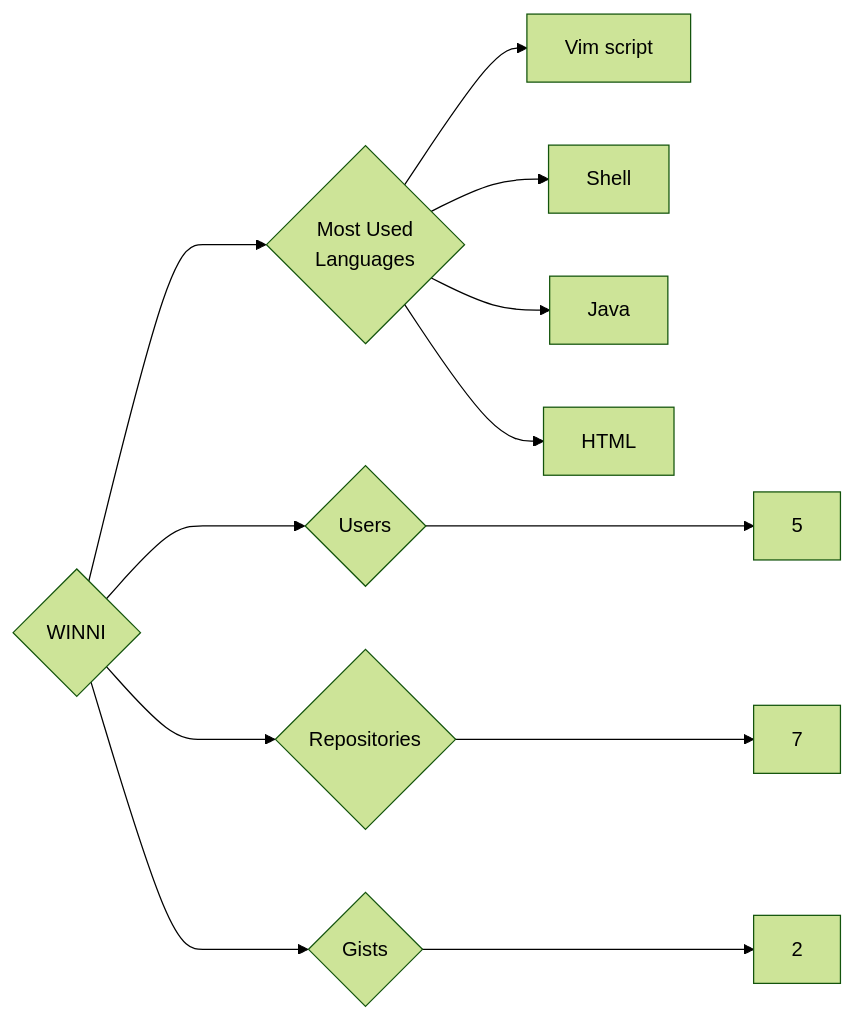
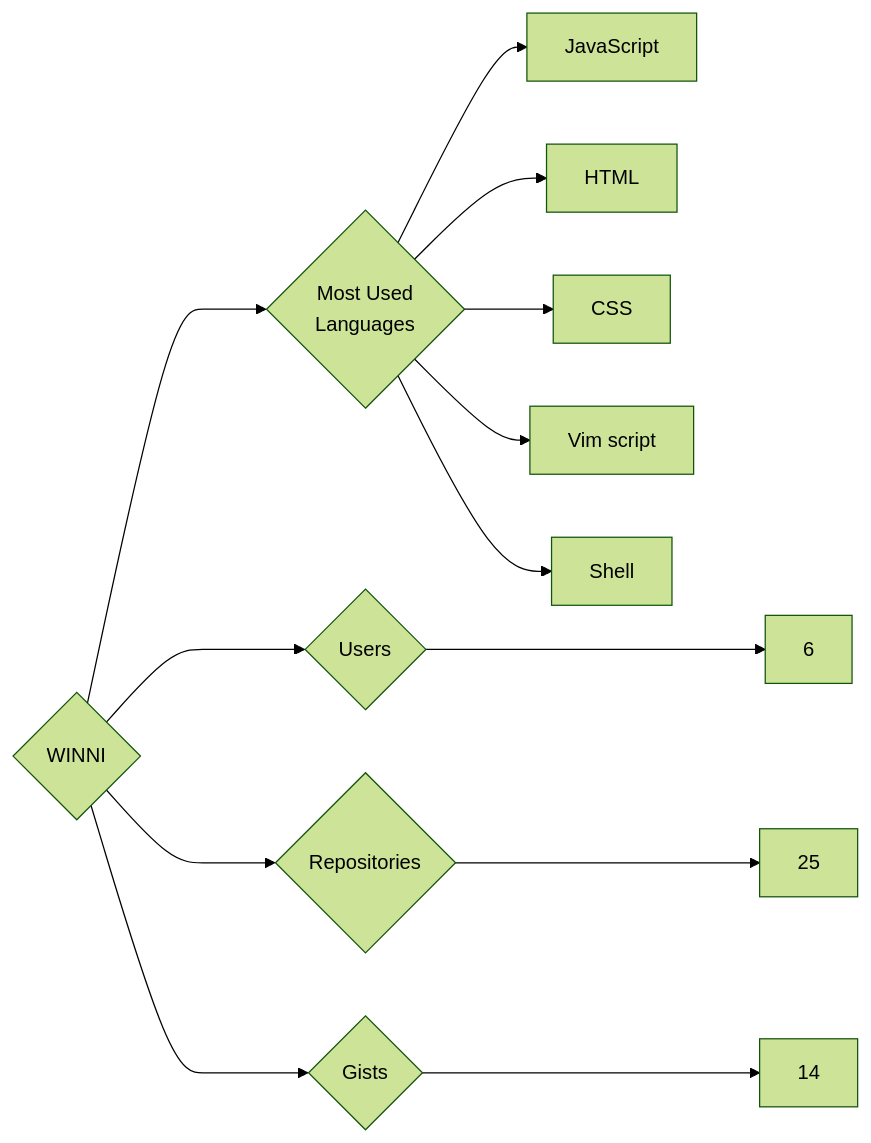
Before and after one commit to trickest/insiders: the diagram in targets/WINNI/README.md, drawn with Mermaid (forest theme). The commit also changed 912 other files, not shown here.

````diff
--- a/targets/WINNI/README.md
+++ b/targets/WINNI/README.md
@@ -3,12 +3,13 @@
 ```mermaid
 graph LR
 COMPANY_NAME{WINNI}
-COMPANY_NAME ---> U{Users} ---> UN[5]
-COMPANY_NAME ---> R{Repositories} ---> RN[7]
-COMPANY_NAME ---> G{Gists} ---> GN[2]
+COMPANY_NAME ---> U{Users} ---> UN[6]
+COMPANY_NAME ---> R{Repositories} ---> RN[25]
+COMPANY_NAME ---> G{Gists} ---> GN[14]
 COMPANY_NAME ---> ML{Most Used<br>Languages}
+ML --> JavaScript[JavaScript]
+ML --> HTML[HTML]
+ML --> CSS[CSS]
 ML --> Vim_script[Vim script]
 ML --> Shell[Shell]
-ML --> Java[Java]
-ML --> HTML[HTML]
 ```
````
